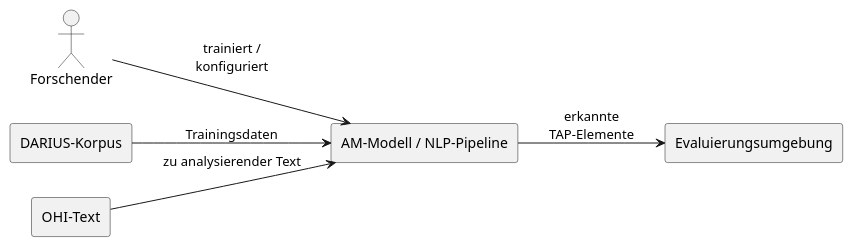
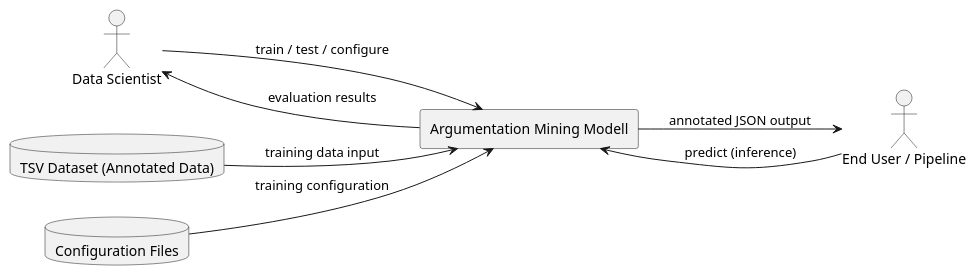
The diagram in documentation/model/use-context.plantuml (felixdrescher/german_am_modell), drawn with PlantUML before and after one commit. The commit also changed 5 other files, not shown here.

Commit message:
adds plantumls and model changes

```diff
--- a/documentation/model/use-context.plantuml
+++ b/documentation/model/use-context.plantuml
@@ -1,20 +1,21 @@
-@startuml Anwendungskontext
+@startuml Context-Diagrammkaggle kernels output felixdrescher/am-modell-1 -p /path/to/dest
 left to right direction
 
-actor "Forschender" as Researcher
+actor "Data Scientist" as DS
+actor "End User / Pipeline" as EU
 
-rectangle "AM-Modell / NLP-Pipeline" as Pipeline
+rectangle "Argumentation Mining Modell" as AMM
 
-rectangle "DARIUS-Korpus" as Darius
-rectangle "OHI-Text" as OHI
-rectangle "Evaluierungsumgebung" as EvalUI
+database "TSV Dataset (Annotated Data)" as DATA
+database "Configuration Files" as CFG
 
-Researcher --> Pipeline : trainiert /\nkonfiguriert
+DS --> AMM : train / test / configure
+EU --> AMM : predict (inference)
 
-Darius --> Pipeline : Trainingsdaten
+DATA --> AMM : training data input
+CFG --> AMM : training configuration
 
-OHI --> Pipeline : zu analysierender Text
-
-Pipeline --> EvalUI : erkannte\nTAP-Elemente
+AMM --> EU : annotated JSON output
+AMM --> DS : evaluation results
 
 @enduml
```
